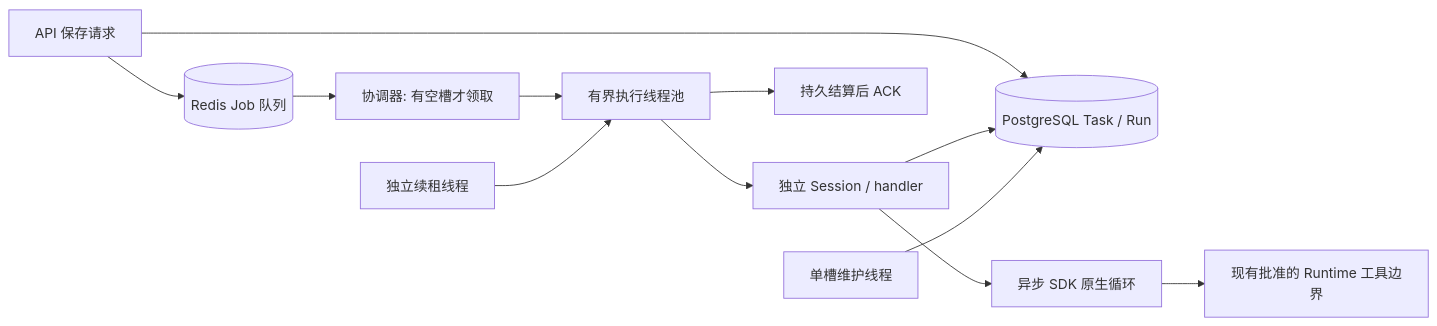
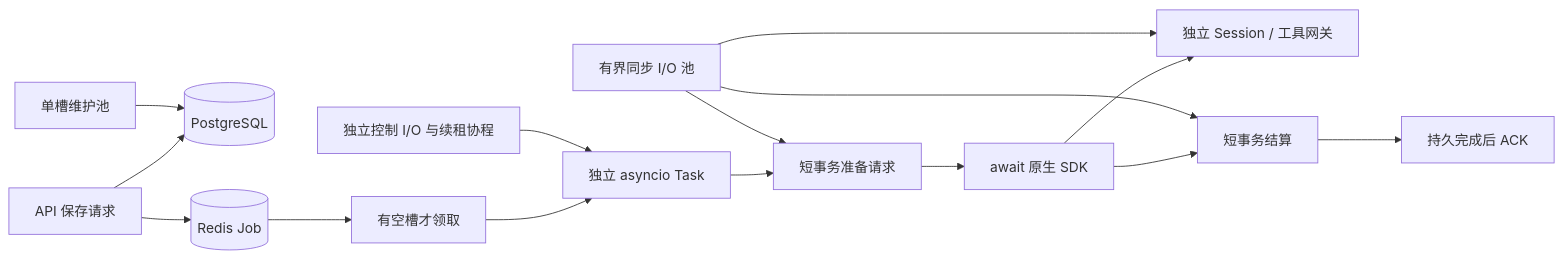
Before and after one commit to jhupo/OpsMesh: the diagram in docs/worker-concurrency-design.md, drawn with Mermaid. The commit also changed other lines of this file and 37 other files, not shown here.

````diff
--- a/docs/worker-concurrency-design.md
+++ b/docs/worker-concurrency-design.md
@@ -15,14 +19,17 @@
 ```mermaid
 flowchart LR
-    API[API 保存请求] --> DB[(PostgreSQL Task / Run)]
-    API --> Q[(Redis Job 队列)]
-    Q --> C[协调器: 有空槽才领取]
-    C --> P[有界执行线程池]
-    P --> S[独立 Session / handler]
-    S --> SDK[异步 SDK 原生循环]
-    SDK --> R[现有批准的 Runtime 工具边界]
-    S --> DB
-    P --> ACK[持久结算后 ACK]
-    H[独立续租线程] --> P
-    M[单槽维护线程] --> DB
+    API[API 保存请求] --> PG[(PostgreSQL)]
+    API --> Q[(Redis Job)]
+    Q --> A[有空槽才领取]
+    A --> T[独立 asyncio Task]
+    T --> P[短事务准备请求]
+    P --> SDK[await 原生 SDK]
+    SDK --> G[独立 Session / 工具网关]
+    SDK --> F[短事务结算]
+    F --> ACK[持久完成后 ACK]
+    IO[有界同步 I/O 池] --> P
+    IO --> G
+    IO --> F
+    C[独立控制 I/O 与续租协程] --> T
+    M[单槽维护池] --> PG
 ```
````
